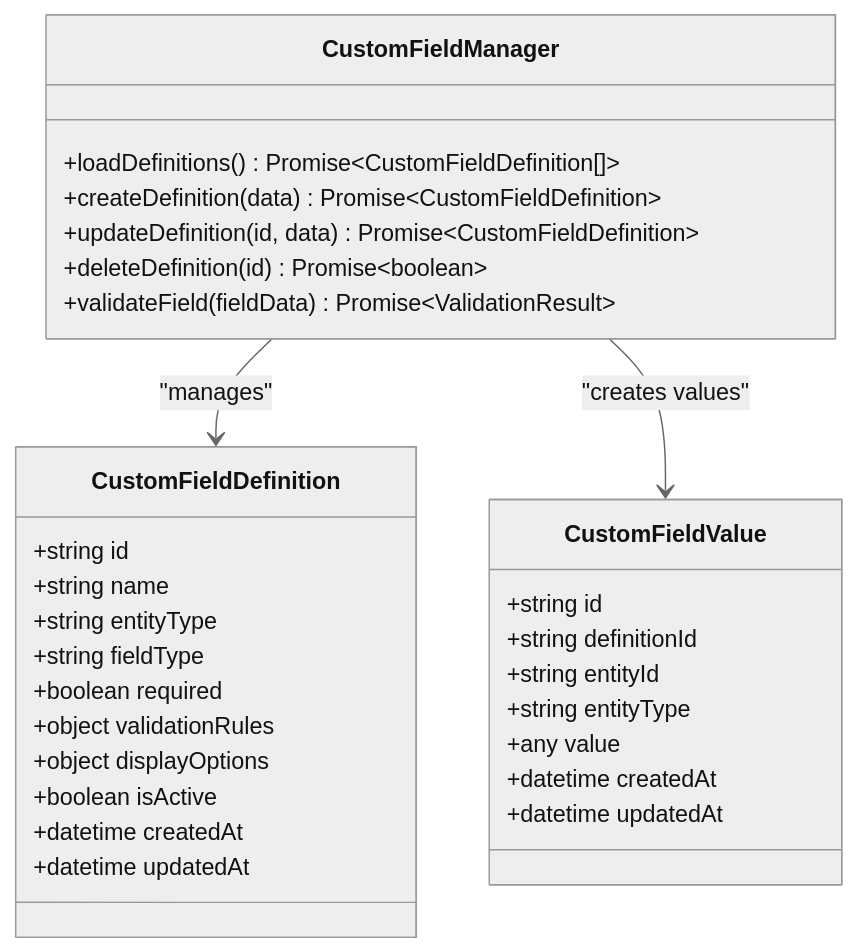
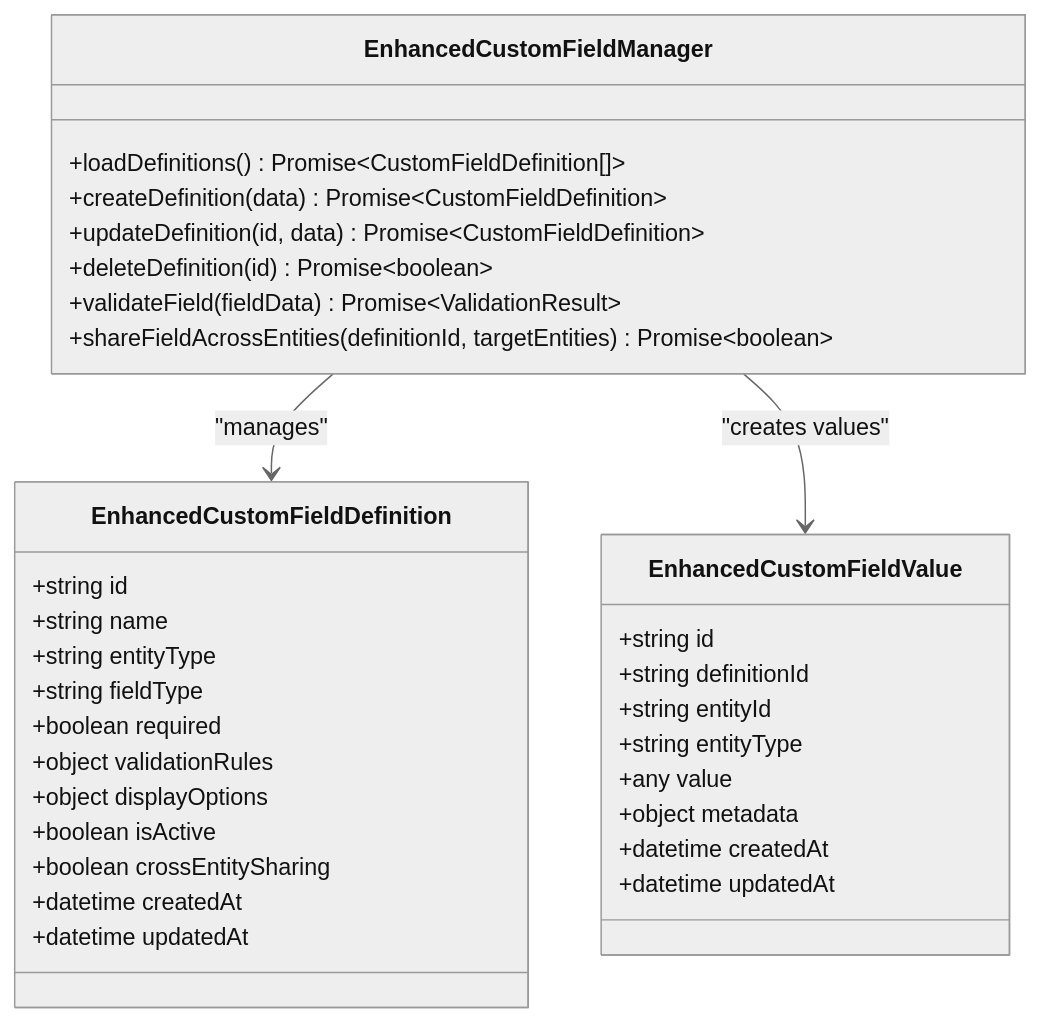
Before and after one commit to EdwinCycling/LiquidHR: the third of 6 diagrams in .qoder/repowiki/en/content/Advanced Features/Custom Fields System/Custom Fields System.md, drawn with Mermaid (neutral theme). The commit also changed other lines of this file and 26 other files, not shown here.

````diff
--- a/.qoder/repowiki/en/content/Advanced Features/Custom Fields System/Custom Fields System.md
+++ b/.qoder/repowiki/en/content/Advanced Features/Custom Fields System/Custom Fields System.md
@@ -132,33 +155,36 @@
 ```mermaid
 classDiagram
-class CustomFieldDefinition {
+class EnhancedCustomFieldDefinition {
 +string id
 +string name
 +string entityType
 +string fieldType
 +boolean required
 +object validationRules
 +object displayOptions
 +boolean isActive
++boolean crossEntitySharing
 +datetime createdAt
 +datetime updatedAt
 }
-class CustomFieldValue {
+class EnhancedCustomFieldValue {
 +string id
 +string definitionId
 +string entityId
 +string entityType
 +any value
++object metadata
 +datetime createdAt
 +datetime updatedAt
 }
-class CustomFieldManager {
+class EnhancedCustomFieldManager {
 +loadDefinitions() Promise~CustomFieldDefinition[]~
 +createDefinition(data) Promise~CustomFieldDefinition~
 +updateDefinition(id, data) Promise~CustomFieldDefinition~
 +deleteDefinition(id) Promise~boolean~
 +validateField(fieldData) Promise~ValidationResult~
++shareFieldAcrossEntities(definitionId, targetEntities) Promise~boolean~
 }
-CustomFieldManager --> CustomFieldDefinition : "manages"
-CustomFieldManager --> CustomFieldValue : "creates values"
+EnhancedCustomFieldManager --> EnhancedCustomFieldDefinition : "manages"
+EnhancedCustomFieldManager --> EnhancedCustomFieldValue : "creates values"
 ```
````
